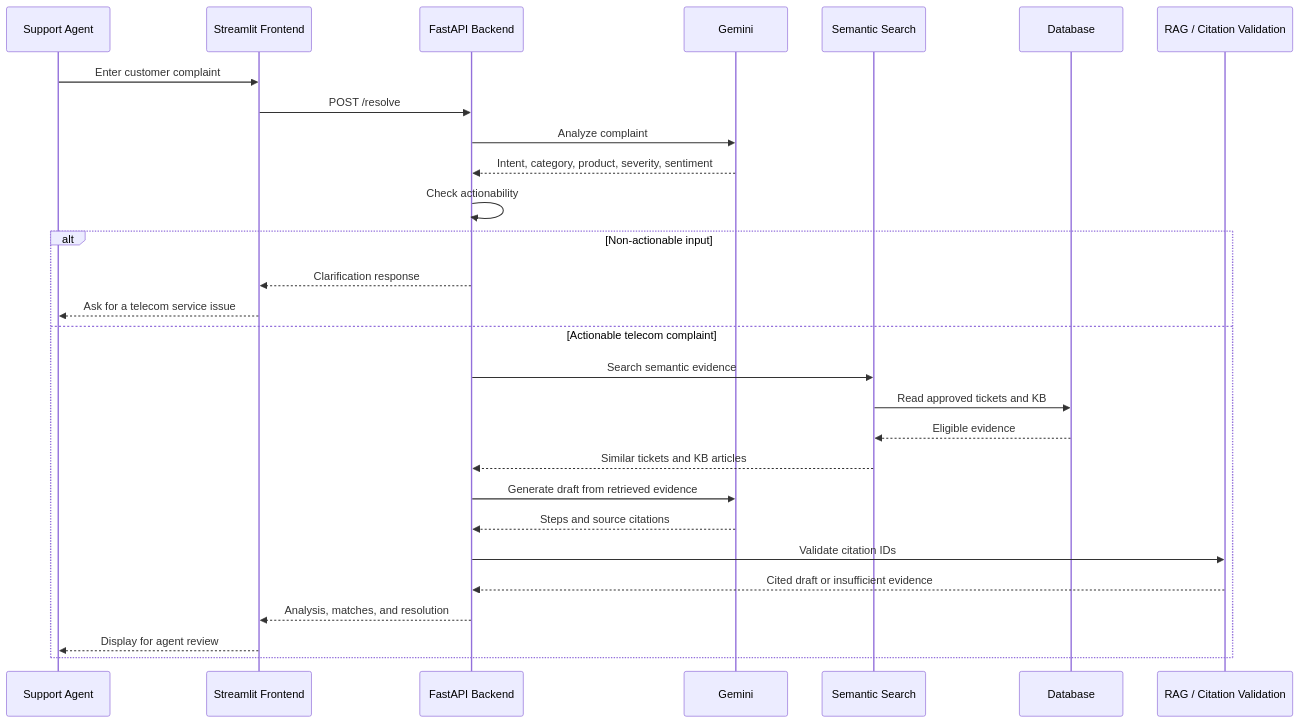
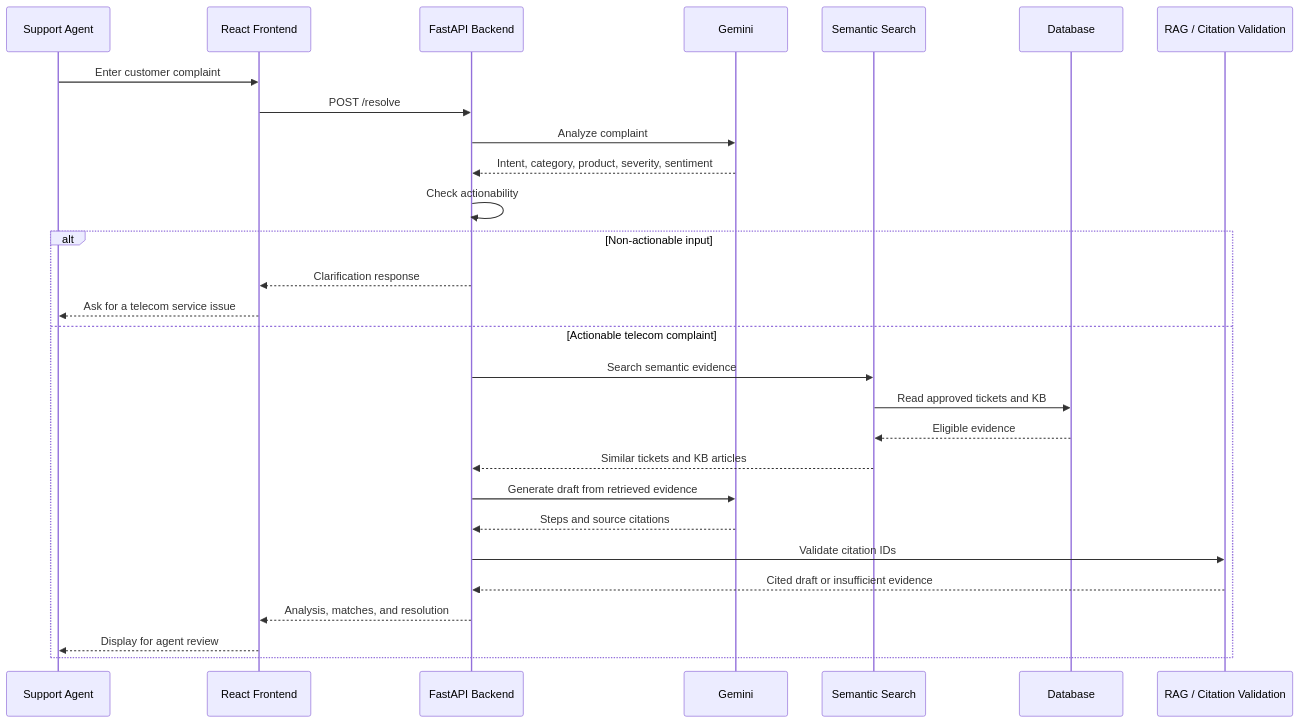
Before and after one commit to ShreyasKowshal/Intelligent-Support-Ticket-Resolution-Assistant: the second of 2 diagrams in README.md, drawn with Mermaid. The commit also changed other lines of this file and 16 other files, not shown here.

Commit message:
Finalize React frontend migration

````diff
--- a/README.md
+++ b/README.md
@@ -36,32 +36,32 @@
 ```mermaid
 sequenceDiagram
     participant A as Support Agent
-    participant F as Streamlit Frontend
+    participant F as React Frontend
     participant B as FastAPI Backend
     participant G as Gemini
     participant S as Semantic Search
     participant D as Database
     participant R as RAG / Citation Validation
 
     A->>F: Enter customer complaint
     F->>B: POST /resolve
     B->>G: Analyze complaint
     G-->>B: Intent, category, product, severity, sentiment
     B->>B: Check actionability
 
     alt Non-actionable input
         B-->>F: Clarification response
         F-->>A: Ask for a telecom service issue
     else Actionable telecom complaint
         B->>S: Search semantic evidence
         S->>D: Read approved tickets and KB
         D-->>S: Eligible evidence
         S-->>B: Similar tickets and KB articles
         B->>G: Generate draft from retrieved evidence
         G-->>B: Steps and source citations
         B->>R: Validate citation IDs
         R-->>B: Cited draft or insufficient evidence
         B-->>F: Analysis, matches, and resolution
         F-->>A: Display for agent review
     end
 ```
````
